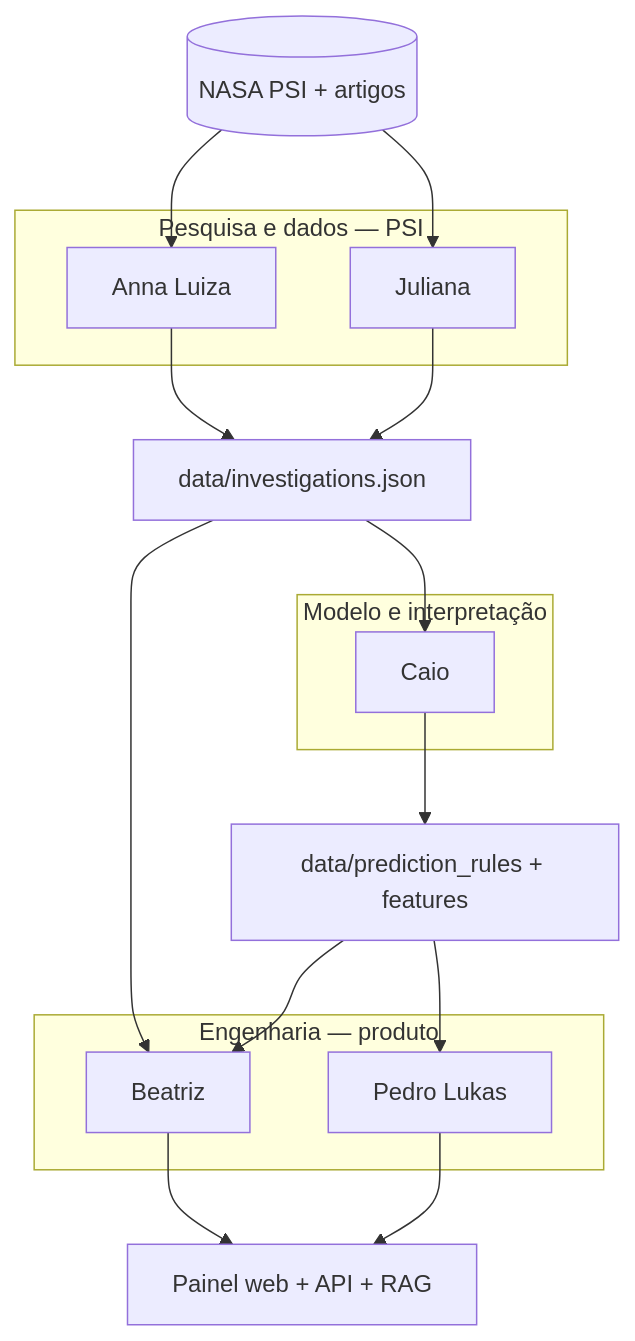
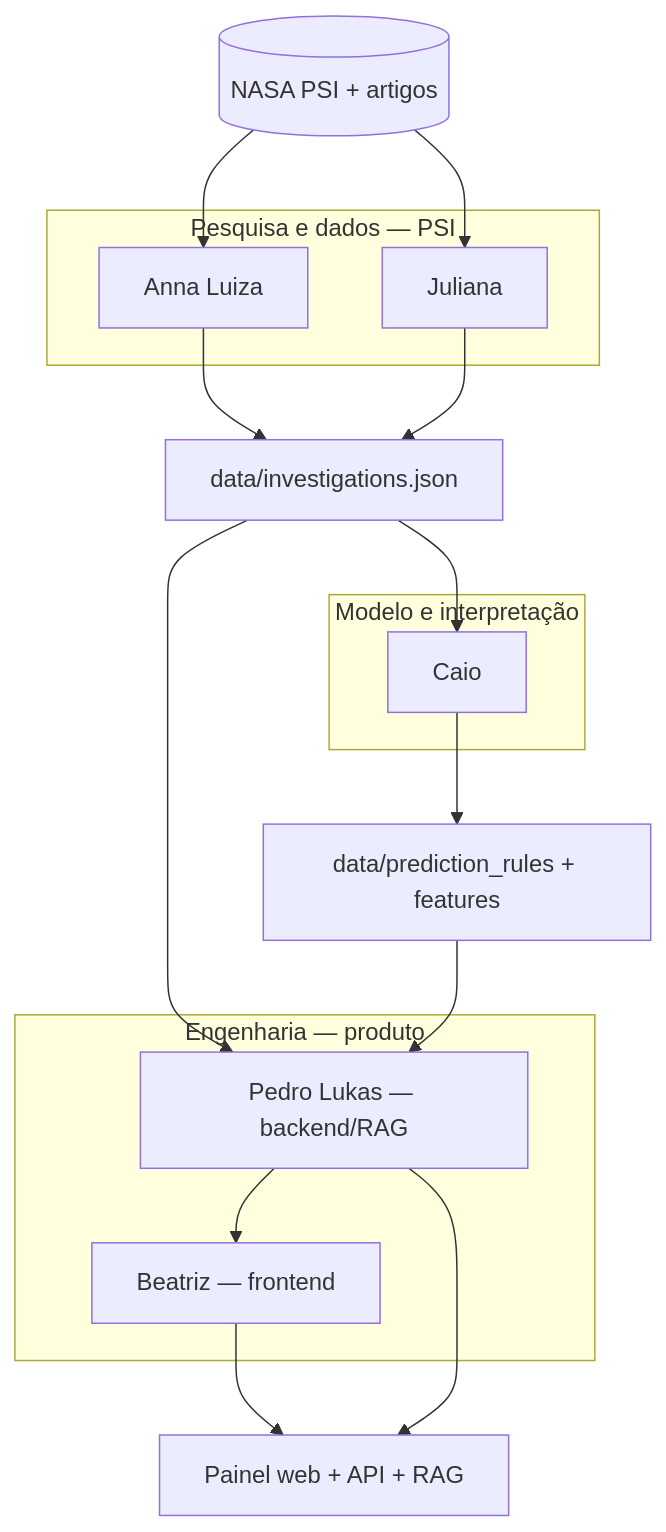
Before and after one commit to nasa-hackathon-biamigos/flame-in-freefall: the diagram in DIVISAO-EQUIPE.md, drawn with Mermaid. The commit also changed other lines of this file, not shown here.

````diff
--- a/DIVISAO-EQUIPE.md
+++ b/DIVISAO-EQUIPE.md
@@ -13,29 +13,29 @@
 ```mermaid
 flowchart TB
   subgraph pesquisa [Pesquisa e dados — PSI]
     AL[Anna Luiza]
     JU[Juliana]
   end
   subgraph modelo [Modelo e interpretação]
     CA[Caio]
   end
   subgraph eng [Engenharia — produto]
-    BE[Beatriz]
-    PL[Pedro Lukas]
+    BE[Beatriz — frontend]
+    PL[Pedro Lukas — backend/RAG]
   end
   PSI[(NASA PSI + artigos)]
   JSON[data/investigations.json]
   PRED[data/prediction_rules + features]
   APP[Painel web + API + RAG]
   PSI --> AL
   PSI --> JU
   AL --> JSON
   JU --> JSON
   JSON --> CA
   CA --> PRED
-  JSON --> BE
-  PRED --> BE
+  JSON --> PL
   PRED --> PL
+  PL --> BE
   BE --> APP
   PL --> APP
 ```
````
